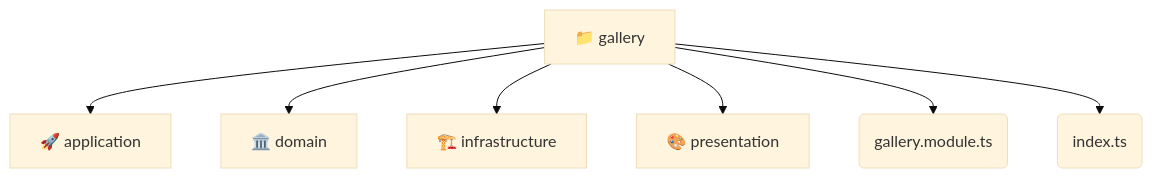
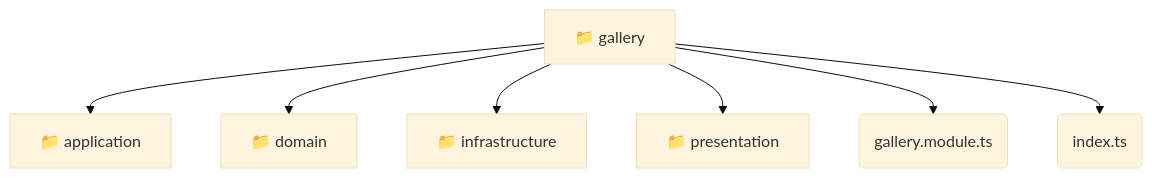
Before and after one commit to beginwebdev2002/fullstack-mavluda: the diagram in backend/src/modules/gallery/README.md, drawn with Mermaid (base theme). The commit also changed other lines of this file and 155 other files, not shown here.

````diff
--- a/backend/src/modules/gallery/README.md
+++ b/backend/src/modules/gallery/README.md
@@ -9,10 +9,10 @@
 ```mermaid
 graph TD
   gallery[📁 gallery]
-  gallery --> application[🚀 application]
-  gallery --> domain[🏛️ domain]
-  gallery --> infrastructure[🏗️ infrastructure]
-  gallery --> presentation[🎨 presentation]
-  gallery --> gallery_module_ts(gallery.module.ts)
-  gallery --> index_ts(index.ts)
+  gallery --> gallery_application[📁 application]
+  gallery --> gallery_domain[📁 domain]
+  gallery --> gallery_infrastructure[📁 infrastructure]
+  gallery --> gallery_presentation[📁 presentation]
+  gallery --> gallery_gallery_module_ts(gallery.module.ts)
+  gallery --> gallery_index_ts(index.ts)
 ```
````
